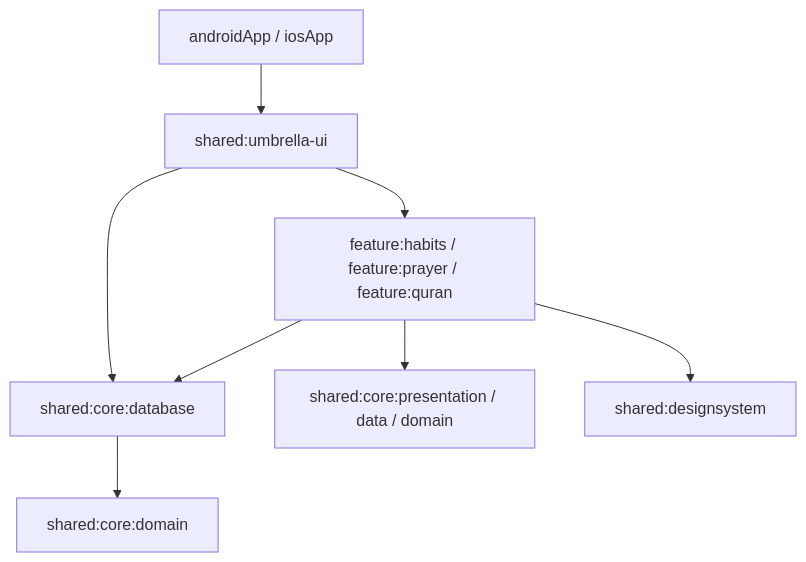
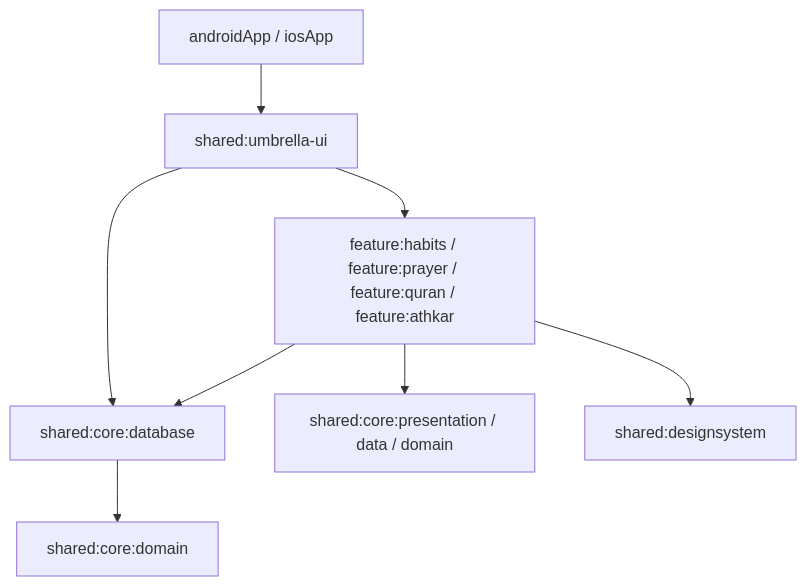
The diagram in README.md (Helmy2/Mudawama), drawn with Mermaid before and after one commit. The commit also changed other lines of this file and 111 other files, not shown here.

````diff
--- a/README.md
+++ b/README.md
@@ -59,10 +59,10 @@
 ```mermaid
 graph TD
     App[androidApp / iosApp] --> Umbrella[shared:umbrella-ui]
-    Umbrella --> Feature[feature:habits / feature:prayer / feature:quran]
+    Umbrella --> Feature[feature:habits / feature:prayer / feature:quran / feature:athkar]
     Umbrella --> CoreDB[shared:core:database]
     Feature --> Core[shared:core:presentation / data / domain]
     Feature --> CoreDB
     Feature --> Design[shared:designsystem]
     CoreDB --> CoreDomain[shared:core:domain]
 ```
````
